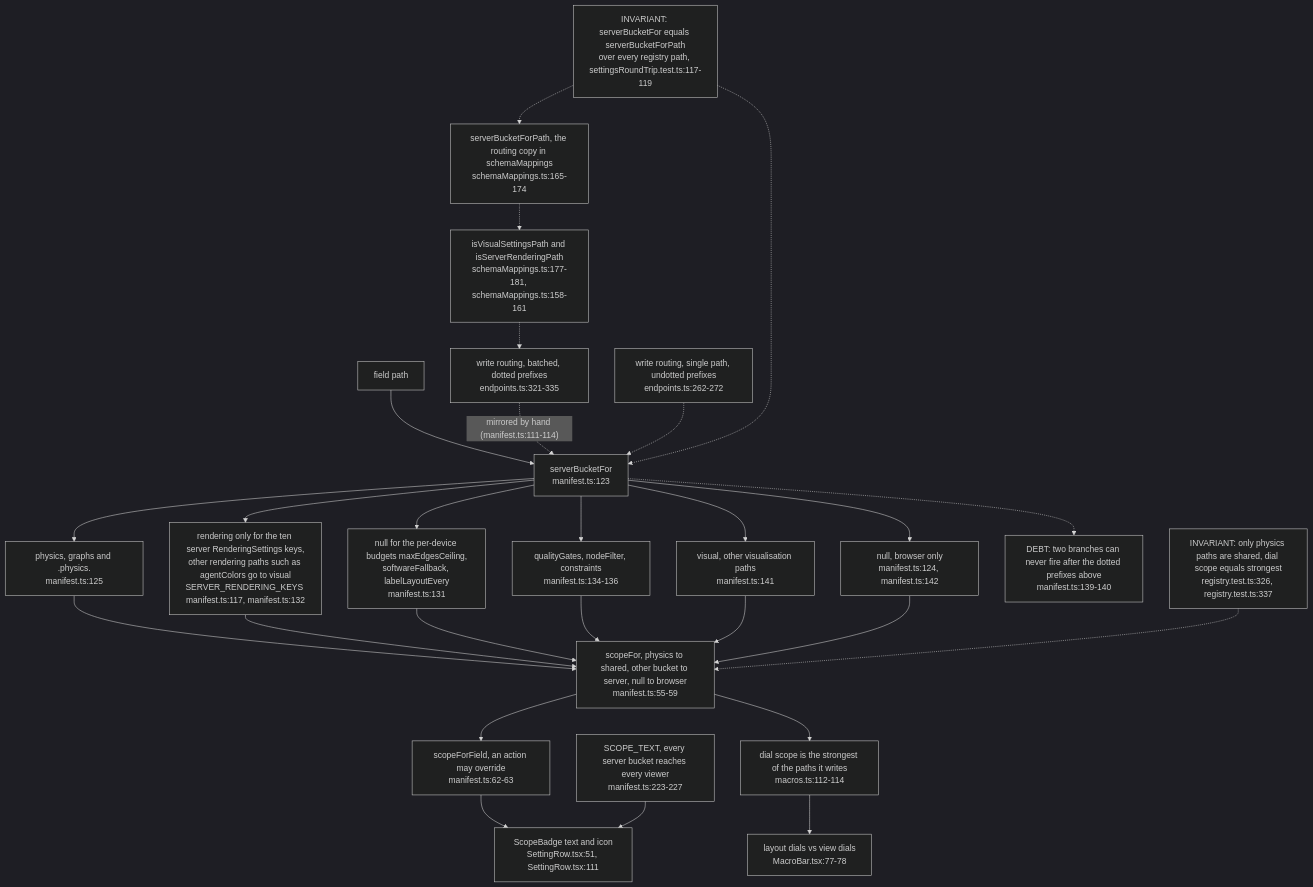
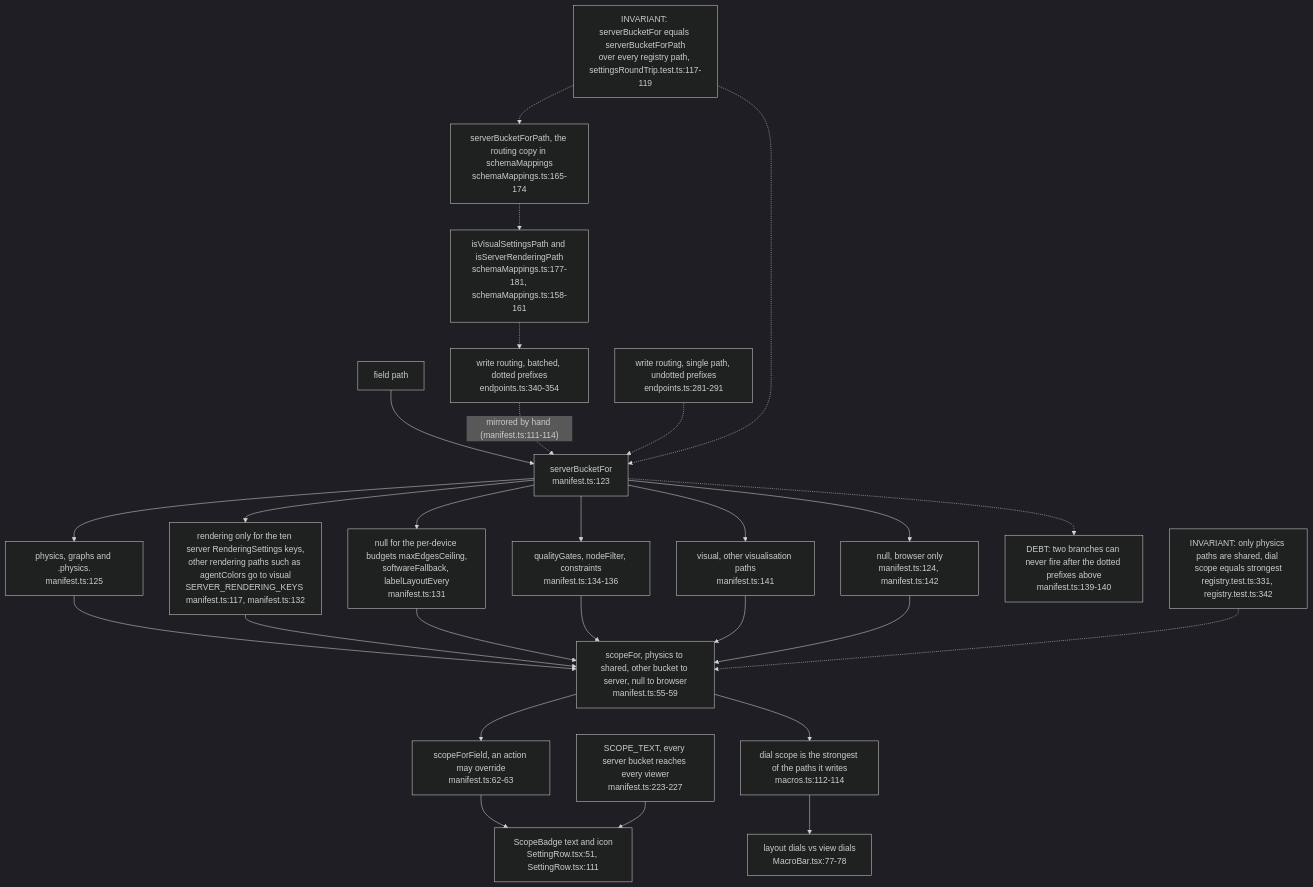
One commit to DreamLab-AI/VisionFlow changed the fourth of 12 diagrams in docs/diagrams/visionclaw/57-control-centre-ia-and-drawer.md. Above: the diagram before and after it, drawn with Mermaid (dark theme). The commit also changed other lines of this file and 6 other files, not shown here.

First line of the commit message:
diagrams(visionclaw): re-verify VC-51..57 at visionclaw 4900ec60

````diff
--- a/docs/diagrams/visionclaw/57-control-centre-ia-and-drawer.md
+++ b/docs/diagrams/visionclaw/57-control-centre-ia-and-drawer.md
@@ -162,29 +162,29 @@
 ```mermaid
 flowchart TB
     PATH["field path"] --> SBF["serverBucketFor<br/>manifest.ts:123"]
     SBF --> B1["physics, graphs and .physics.<br/>manifest.ts:125"]
     SBF --> B2["rendering only for the ten server RenderingSettings keys,<br/>other rendering paths such as agentColors go to visual<br/>SERVER_RENDERING_KEYS manifest.ts:117, manifest.ts:132"]
     SBF --> B2D["null for the per-device budgets maxEdgesCeiling,<br/>softwareFallback, labelLayoutEvery<br/>manifest.ts:131"]
     SBF --> B2Q["qualityGates, nodeFilter, constraints<br/>manifest.ts:134-136"]
     SBF --> B3["visual, other visualisation paths<br/>manifest.ts:141"]
     SBF --> B4["null, browser only<br/>manifest.ts:124, manifest.ts:142"]
     SBF -.-> DEAD["DEBT: two branches can never fire after the dotted prefixes above<br/>manifest.ts:139-140"]
     B1 --> SF["scopeFor, physics to shared, other bucket to server, null to browser<br/>manifest.ts:55-59"]
     B2 --> SF
     B2D --> SF
     B2Q --> SF
     B3 --> SF
     B4 --> SF
     SF --> SFF["scopeForField, an action may override<br/>manifest.ts:62-63"]
     SFF --> BADGE["ScopeBadge text and icon<br/>SettingRow.tsx:51, SettingRow.tsx:111"]
     TXT["SCOPE_TEXT, every server bucket reaches every viewer<br/>manifest.ts:223-227"] --> BADGE
     SF --> MAC["dial scope is the strongest of the paths it writes<br/>macros.ts:112-114"]
     MAC --> DIALS["layout dials vs view dials<br/>MacroBar.tsx:77-78"]
-    INV["INVARIANT: only physics paths are shared, dial scope equals strongest<br/>registry.test.ts:326, registry.test.ts:337"] -.-> SF
-    R1["write routing, batched, dotted prefixes<br/>endpoints.ts:321-335"] -.->|"mirrored by hand (manifest.ts:111-114)"| SBF
-    R2["write routing, single path, undotted prefixes<br/>endpoints.ts:262-272"] -.-> SBF
+    INV["INVARIANT: only physics paths are shared, dial scope equals strongest<br/>registry.test.ts:331, registry.test.ts:342"] -.-> SF
+    R1["write routing, batched, dotted prefixes<br/>endpoints.ts:340-354"] -.->|"mirrored by hand (manifest.ts:111-114)"| SBF
+    R2["write routing, single path, undotted prefixes<br/>endpoints.ts:281-291"] -.-> SBF
     R3["isVisualSettingsPath and isServerRenderingPath<br/>schemaMappings.ts:177-181, schemaMappings.ts:158-161"] -.-> R1
     R4["serverBucketForPath, the routing copy in schemaMappings<br/>schemaMappings.ts:165-174"] -.-> R3
     PIN["INVARIANT: serverBucketFor equals serverBucketForPath<br/>over every registry path, settingsRoundTrip.test.ts:117-119"] -.-> SBF
     PIN -.-> R4
 ```
````
